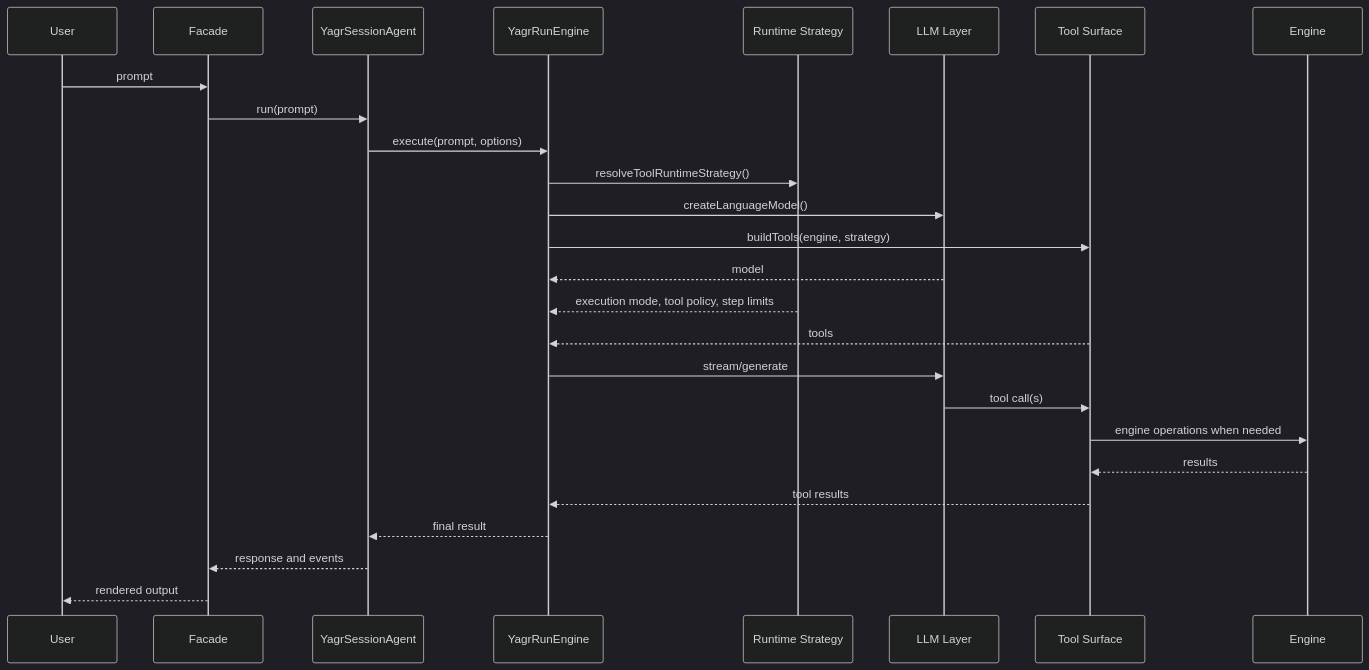
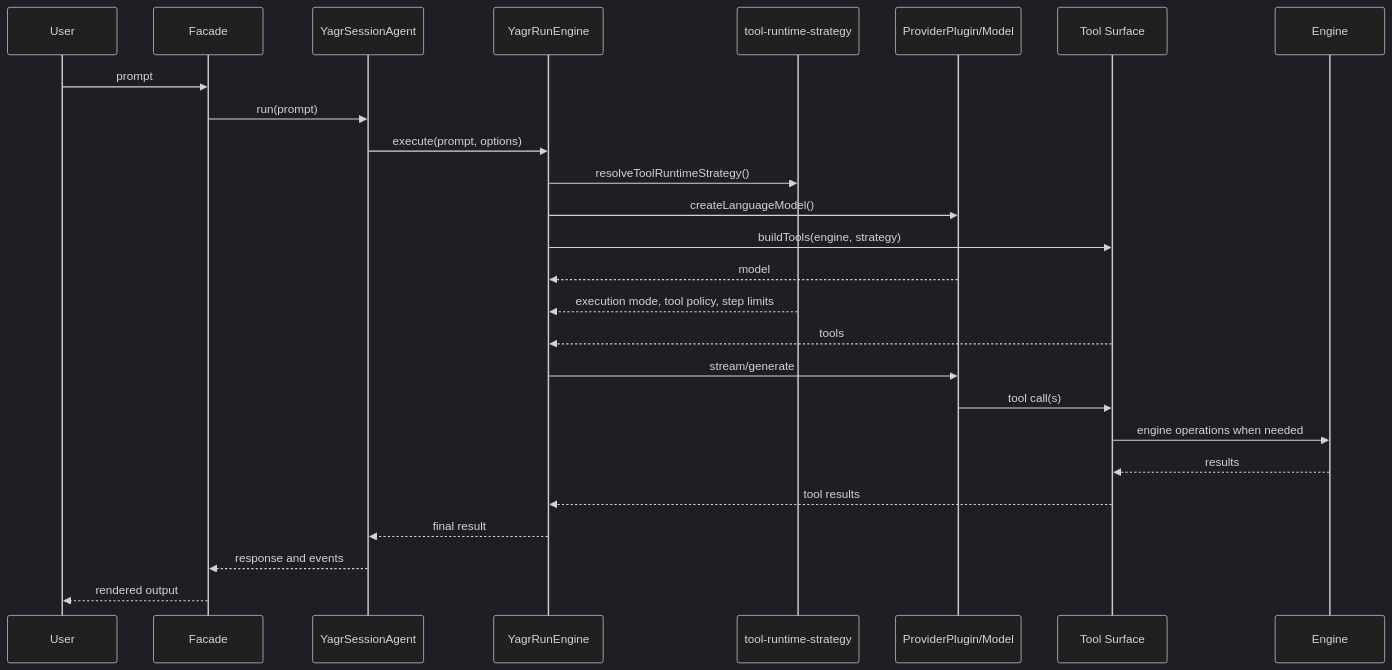
The first of 6 diagrams in architecture/current/runtime-flows.md (EtienneLescot/yagr), drawn with Mermaid (dark theme) before and after one commit. The commit also changed other lines of this file and 3 other files, not shown here.

Commit message:
refactor: update architecture documentation to enhance clarity on module responsibilities and runtime flows

````diff
--- a/architecture/current/runtime-flows.md
+++ b/architecture/current/runtime-flows.md
@@ -7,29 +7,29 @@
 ```mermaid
 sequenceDiagram
     participant U as User
     participant F as Facade
     participant A as YagrSessionAgent
     participant R as YagrRunEngine
-    participant S as Runtime Strategy
-    participant M as LLM Layer
+    participant S as tool-runtime-strategy
+    participant M as ProviderPlugin/Model
     participant T as Tool Surface
     participant E as Engine
 
     U->>F: prompt
     F->>A: run(prompt)
     A->>R: execute(prompt, options)
     R->>S: resolveToolRuntimeStrategy()
     R->>M: createLanguageModel()
     R->>T: buildTools(engine, strategy)
     M-->>R: model
     S-->>R: execution mode, tool policy, step limits
     T-->>R: tools
     R->>M: stream/generate
     M->>T: tool call(s)
     T->>E: engine operations when needed
     E-->>T: results
     T-->>R: tool results
     R-->>A: final result
     A-->>F: response and events
     F-->>U: rendered output
 ```
````
